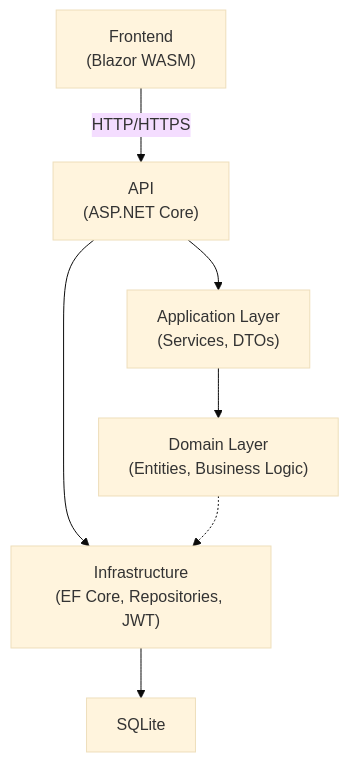
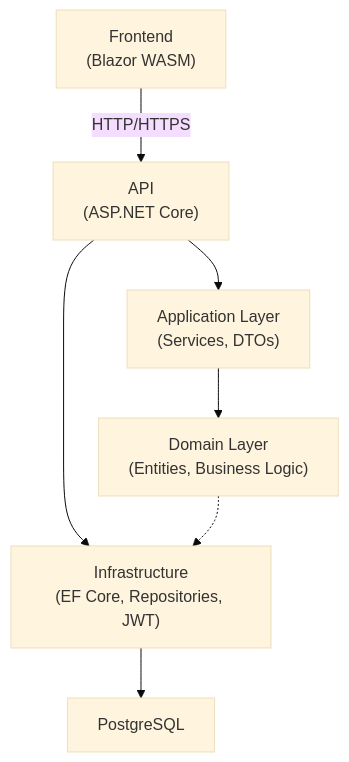
One commit to BAYRYO/AdvancedDevSample changed the diagram in README.md. Above: the diagram before and after it, drawn with Mermaid (base theme). The commit also changed other lines of this file and 158 other files, not shown here.

First line of the commit message:
feat: Add Docker Compose setup for PostgreSQL, API, and Frontend

````diff
--- a/README.md
+++ b/README.md
@@ -37,9 +37,9 @@
 ```mermaid
 graph TD
         A["Frontend<br/>(Blazor WASM)"] -->|HTTP/HTTPS| B["API<br/>(ASP.NET Core)"]
         B --> C["Application Layer<br/>(Services, DTOs)"]
         C --> D["Domain Layer<br/>(Entities, Business Logic)"]
         B --> E["Infrastructure<br/>(EF Core, Repositories, JWT)"]
-        E --> F["SQLite"]
+        E --> F["PostgreSQL"]
         D -.-> E
 ```
````
